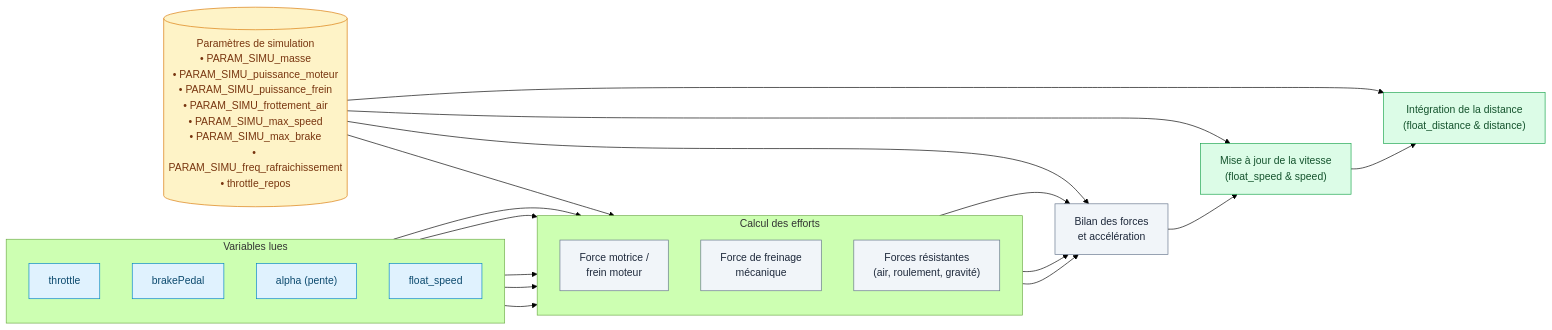
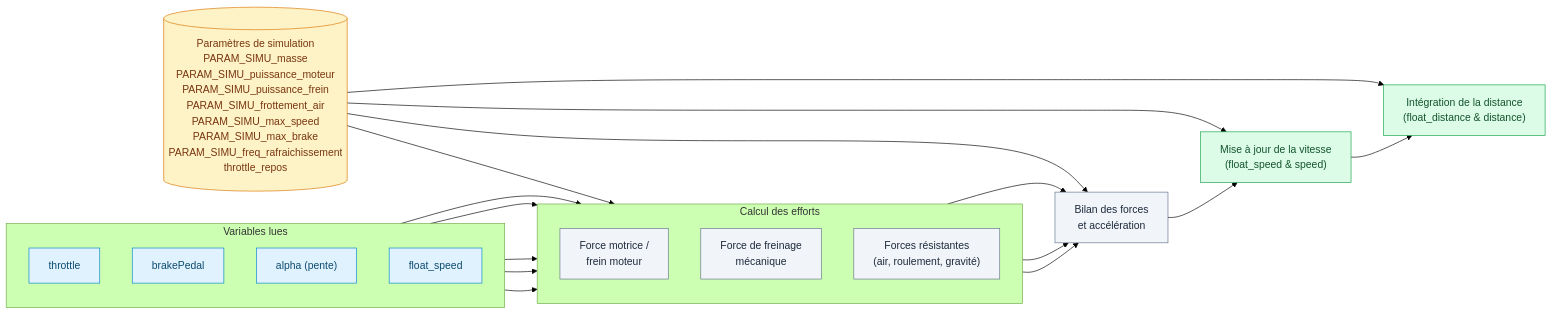
Before and after one commit to benoitdekeyn/E4SE_TD_TP: the first of 5 diagrams in systemes_evenements_discrets/Rapport/Rapport.md, drawn with Mermaid (forest theme). The commit also changed other lines of this file and 2 other files, not shown here.

````diff
--- a/systemes_evenements_discrets/Rapport/Rapport.md
+++ b/systemes_evenements_discrets/Rapport/Rapport.md
@@ -156,49 +158,49 @@
 ```mermaid
 flowchart LR
     subgraph VARS["Variables lues"]
         direction TB
         V_MOT["throttle"]
         V_FREIN["brakePedal"]
         V_PENTE["alpha (pente)"]
         V_VIT["float_speed"]
     end
 
-    PARAMS[("Paramètres de simulation<br/>• PARAM_SIMU_masse<br/>• PARAM_SIMU_puissance_moteur<br/>• PARAM_SIMU_puissance_frein<br/>• PARAM_SIMU_frottement_air<br/>• PARAM_SIMU_max_speed<br/>• PARAM_SIMU_max_brake<br/>• PARAM_SIMU_freq_rafraichissement<br/>• throttle_repos")]
+    PARAMS[("Paramètres de simulation<br/>PARAM_SIMU_masse<br/>PARAM_SIMU_puissance_moteur<br/>PARAM_SIMU_puissance_frein<br/>PARAM_SIMU_frottement_air<br/>PARAM_SIMU_max_speed<br/>PARAM_SIMU_max_brake<br/>PARAM_SIMU_freq_rafraichissement<br/>throttle_repos")]
 
     subgraph FORCES["Calcul des efforts"]
         direction TB
         F_MOT["Force motrice /<br/>frein moteur"]
         F_FREIN["Force de freinage<br/>mécanique"]
         F_RES["Forces résistantes<br/>(air, roulement, gravité)"]
     end
 
     BILAN["Bilan des forces<br/>et accélération"]
     OUT_V["Mise à jour de la vitesse<br/>(float_speed & speed)"]
     OUT_D["Intégration de la distance<br/>(float_distance & distance)"]
 
     V_MOT --> F_MOT
     V_VIT --> F_MOT
     V_FREIN --> F_FREIN
     V_PENTE --> F_RES
     V_VIT --> F_RES
 
     PARAMS --> FORCES
     PARAMS --> BILAN
     PARAMS --> OUT_V
     PARAMS --> OUT_D
 
     F_MOT --> BILAN
     F_FREIN --> BILAN
     F_RES --> BILAN
 
     BILAN --> OUT_V --> OUT_D
 
     classDef var fill:#e0f2fe,stroke:#0284c7,color:#0c4a6e
     classDef db fill:#fef3c7,stroke:#d97706,color:#78350f
     classDef step fill:#f1f5f9,stroke:#64748b,color:#1e293b
     classDef out fill:#dcfce7,stroke:#16a34a,color:#14532d
     class V_MOT,V_FREIN,V_PENTE,V_VIT var
     class PARAMS db
     class F_MOT,F_FREIN,F_RES,BILAN step
     class OUT_V,OUT_D out
 ```
````
